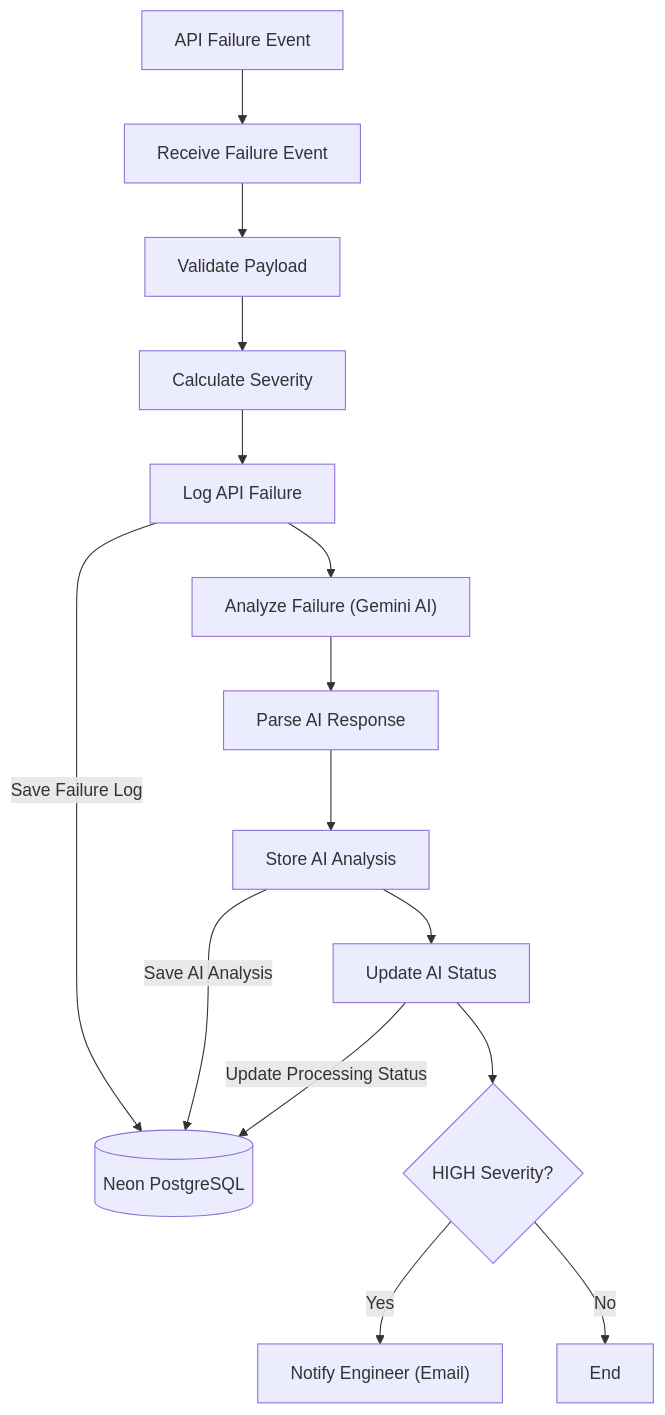
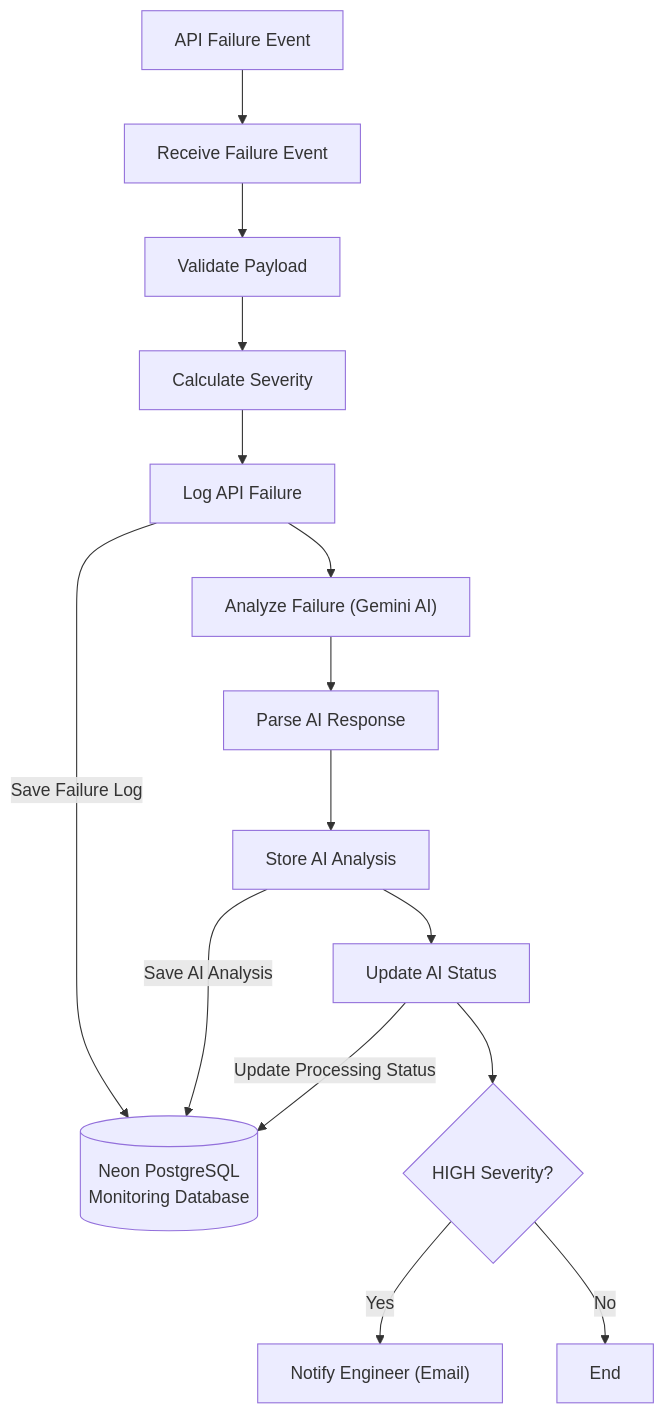
The first of 2 diagrams in README.md (FarhaSerinNaaz/DevStream), drawn with Mermaid before and after one commit. The commit also changed other lines of this file, not shown here.

Commit message:
Clarify database monitoring and notification details
Updated the README to clarify the monitoring database and specify the notification recipient for high severity incidents.

````diff
--- a/README.md
+++ b/README.md
@@ -73,37 +73,38 @@
 ```mermaid
 flowchart TD
 
 A["API Failure Event"]
 B["Receive Failure Event"]
 C["Validate Payload"]
 D["Calculate Severity"]
 E["Log API Failure"]
 F["Analyze Failure (Gemini AI)"]
 G["Parse AI Response"]
 H["Store AI Analysis"]
 I["Update AI Status"]
 J{"HIGH Severity?"}
 K["Notify Engineer (Email)"]
 L["End"]
-M[("Neon PostgreSQL")]
+M[("Neon PostgreSQL
+Monitoring Database")]
 
 A --> B
 B --> C
 C --> D
 D --> E
 
 E -->|"Save Failure Log"| M
 
 E --> F
 F --> G
 G --> H
 
 H -->|"Save AI Analysis"| M
 
 H --> I
 I -->|"Update Processing Status"| M
 I --> J
 
 J -->|Yes| K
 J -->|No| L
 ```
````
